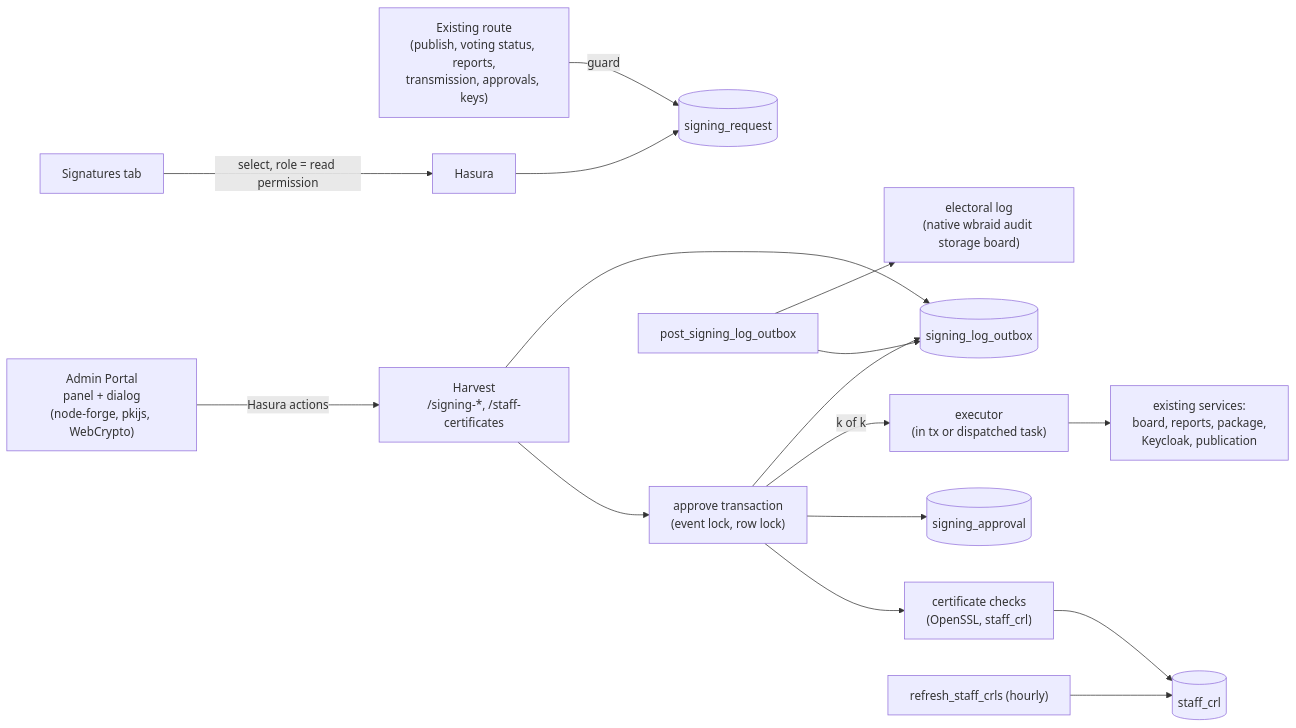
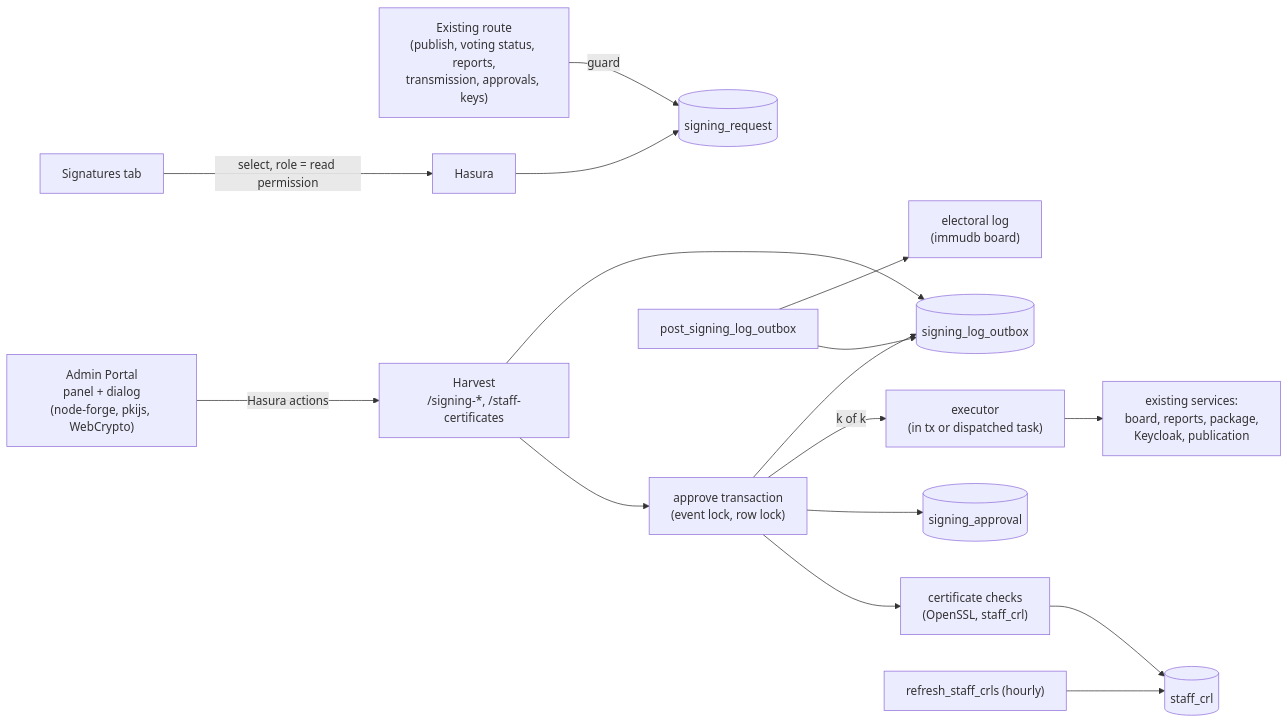
The first of 2 diagrams in docs/docusaurus/docs/07-developers/14-signing/01-signing-architecture.md (sequentech/step), drawn with Mermaid before and after one commit. The commit also changed 150 other files, not shown here.

First line of the commit message:
fix: restore immudb electoral-log storage

````diff
--- a/docs/docusaurus/docs/07-developers/14-signing/01-signing-architecture.md
+++ b/docs/docusaurus/docs/07-developers/14-signing/01-signing-architecture.md
@@ -36,18 +36,18 @@
 ```mermaid
 flowchart LR
   route["Existing route<br/>(publish, voting status, reports,<br/>transmission, approvals, keys)"] -->|guard| req[("signing_request")]
   portal["Admin Portal<br/>panel + dialog<br/>(node-forge, pkijs, WebCrypto)"] -->|Hasura actions| harvest["Harvest<br/>/signing-*, /staff-certificates"]
   harvest --> approve["approve transaction<br/>(event lock, row lock)"]
   approve --> verify["certificate checks<br/>(OpenSSL, staff_crl)"]
   approve --> appr[("signing_approval")]
   approve -->|k of k| exec["executor<br/>(in tx or dispatched task)"]
   exec --> effects["existing services:<br/>board, reports, package,<br/>Keycloak, publication"]
   approve --> outbox[("signing_log_outbox")]
   harvest --> outbox
   worker["post_signing_log_outbox"] --> outbox
-  worker --> board["electoral log<br/>(native wbraid audit storage board)"]
+  worker --> board["electoral log<br/>(immudb board)"]
   crl["refresh_staff_crls (hourly)"] --> crls[("staff_crl")]
   verify --> crls
   settings["Signatures tab"] -->|select, role = read permission| hasura["Hasura"]
   hasura --> req
 ```
````
